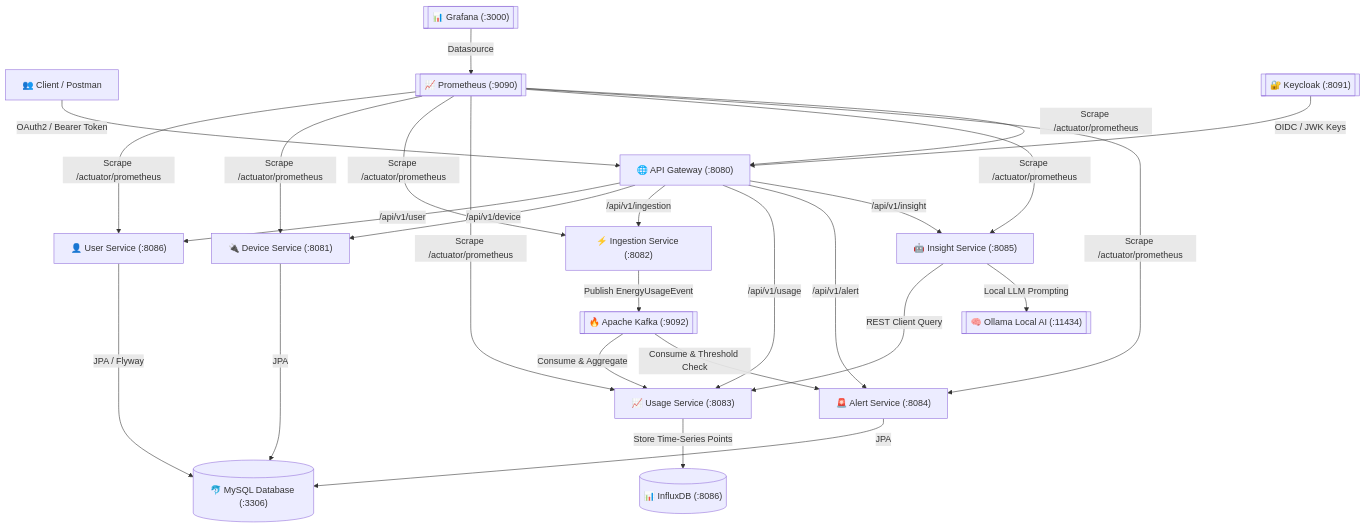
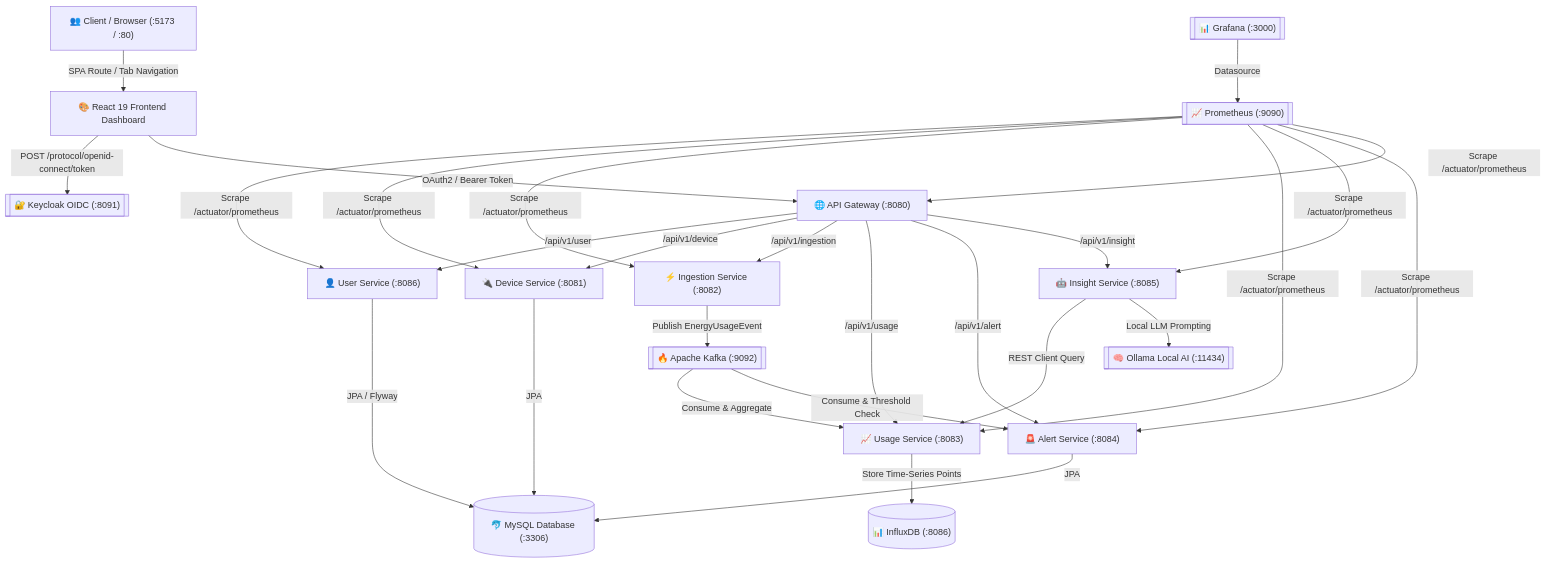
Before and after one commit to itsmehotpants/WattWise: the diagram in README.md, drawn with Mermaid. The commit also changed other lines of this file and 1 other file, not shown here.

Commit message:
docs(frontend): update root and frontend README manuals with detailed step-by-step setup procedure and architecture diagrams

````diff
--- a/README.md
+++ b/README.md
@@ -18,26 +20,28 @@
 ```mermaid
 graph TD
-    User["👥 Client / Postman"] -->|OAuth2 / Bearer Token| GW["🌐 API Gateway (:8080)"]
+    User["👥 Client / Browser (:5173 / :80)"] -->|SPA Route / Tab Navigation| FE["🎨 React 19 Frontend Dashboard"]
+    FE -->|POST /protocol/openid-connect/token| KEYCLOAK[["🔐 Keycloak OIDC (:8091)"]]
+    FE -->|OAuth2 / Bearer Token| GW["🌐 API Gateway (:8080)"]
+    
     GW -->|/api/v1/user| US["👤 User Service (:8086)"]
     GW -->|/api/v1/device| DS["🔌 Device Service (:8081)"]
     GW -->|/api/v1/ingestion| IS["⚡ Ingestion Service (:8082)"]
     GW -->|/api/v1/usage| UGS["📈 Usage Service (:8083)"]
     GW -->|/api/v1/alert| AS["🚨 Alert Service (:8084)"]
     GW -->|/api/v1/insight| INS["🤖 Insight Service (:8085)"]
 
     IS -->|Publish EnergyUsageEvent| KAFKA[["🔥 Apache Kafka (:9092)"]]
     KAFKA -->|Consume & Aggregate| UGS
     KAFKA -->|Consume & Threshold Check| AS
 
     UGS -->|Store Time-Series Points| INFLUX[("📊 InfluxDB (:8086)")]
     US -->|JPA / Flyway| MYSQL[("🐬 MySQL Database (:3306)")]
     DS -->|JPA| MYSQL
     AS -->|JPA| MYSQL
 
     INS -->|REST Client Query| UGS
     INS -->|Local LLM Prompting| OLLAMA[["🧠 Ollama Local AI (:11434)"]]
 
     PROM[["📈 Prometheus (:9090)"]] -->|Scrape /actuator/prometheus| US & DS & IS & UGS & INS & AS & GW
     GRAF[["📊 Grafana (:3000)"]] -->|Datasource| PROM
-    KEYCLOAK[["🔐 Keycloak (:8091)"]] -->|OIDC / JWK Keys| GW
 ```
````
